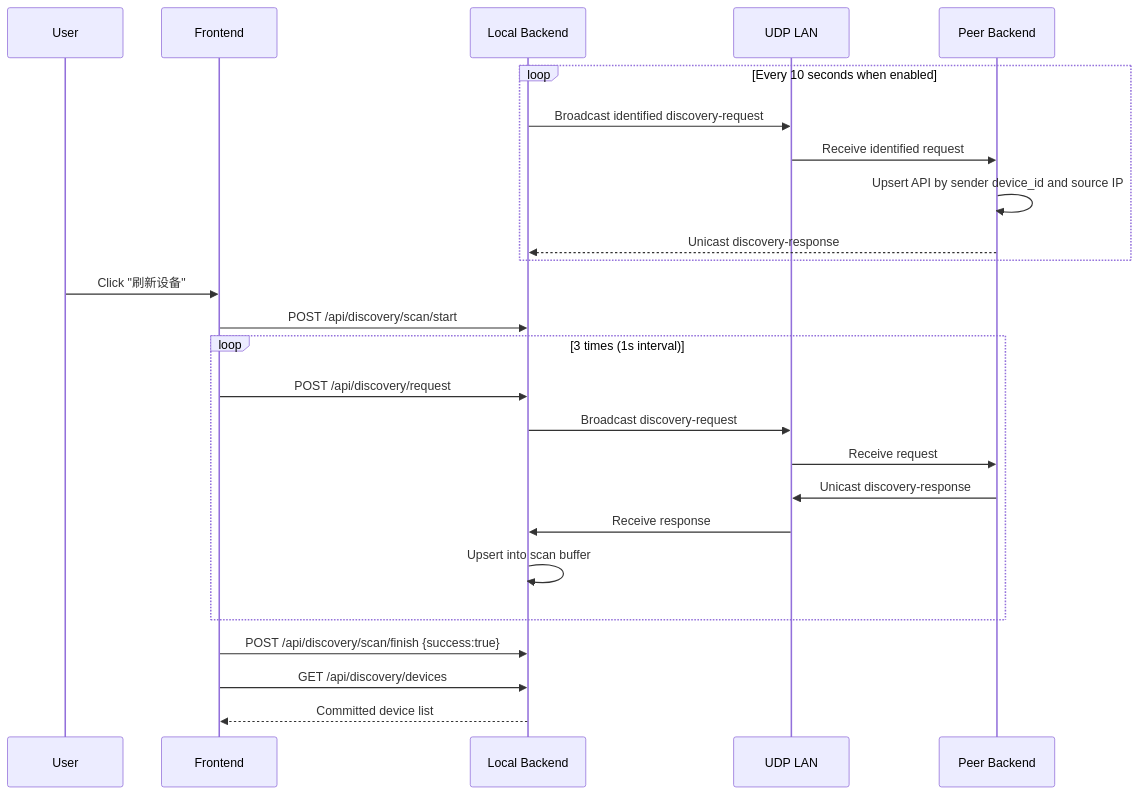
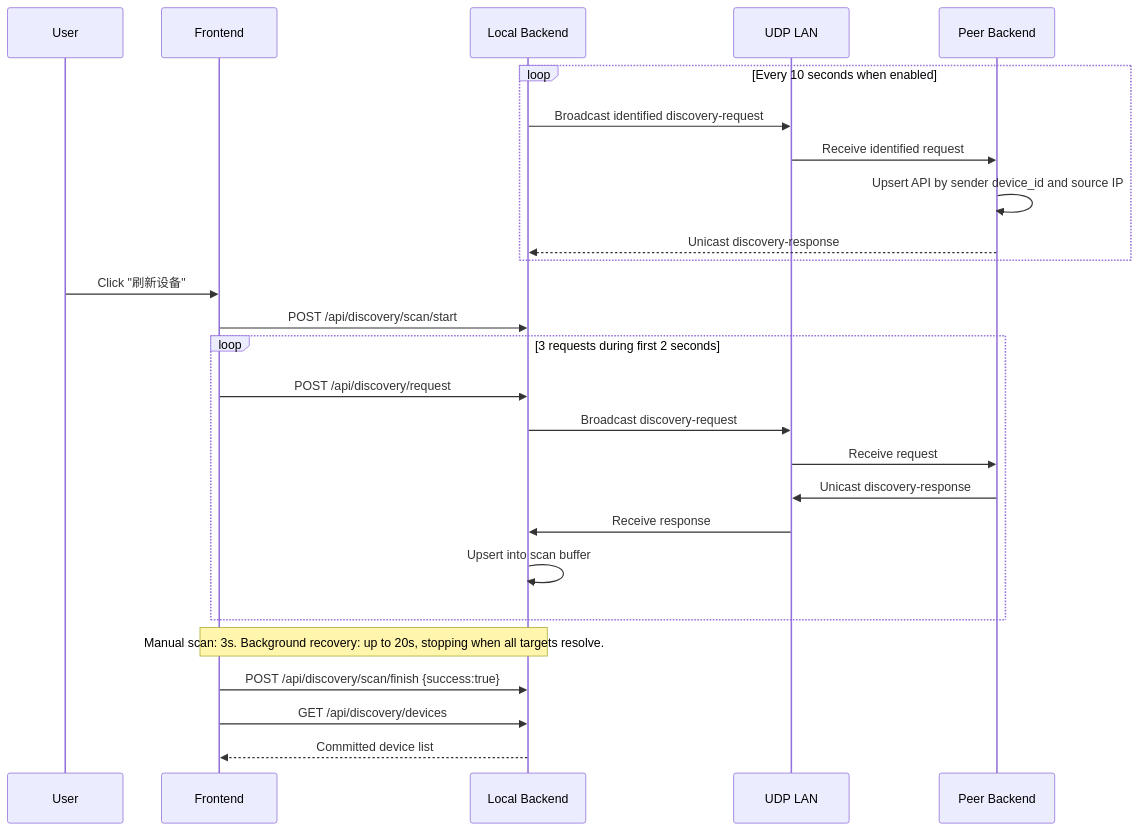
One commit to Afeather2017/Kaulan changed the second of 2 diagrams in docs/device-discovery.md. Above: the diagram before and after it, drawn with Mermaid. The commit also changed other lines of this file and 22 other files, not shown here.

````diff
--- a/docs/device-discovery.md
+++ b/docs/device-discovery.md
@@ -150,31 +204,33 @@
 ```mermaid
 sequenceDiagram
     participant User as User
     participant FE as Frontend
     participant API as Local Backend
     participant UDP as UDP LAN
     participant Peer as Peer Backend
 
     loop Every 10 seconds when enabled
         API->>UDP: Broadcast identified discovery-request
         UDP->>Peer: Receive identified request
         Peer->>Peer: Upsert API by sender device_id and source IP
         Peer-->>API: Unicast discovery-response
     end
 
     User->>FE: Click "刷新设备"
     FE->>API: POST /api/discovery/scan/start
 
-    loop 3 times (1s interval)
+    loop 3 requests during first 2 seconds
         FE->>API: POST /api/discovery/request
         API->>UDP: Broadcast discovery-request
         UDP->>Peer: Receive request
         Peer->>UDP: Unicast discovery-response
         UDP->>API: Receive response
         API->>API: Upsert into scan buffer
     end
 
+    Note over FE,API: Manual scan: 3s. Background recovery: up to 20s, stopping when all targets resolve.
+
     FE->>API: POST /api/discovery/scan/finish {success:true}
     FE->>API: GET /api/discovery/devices
     API-->>FE: Committed device list
 ```
````
